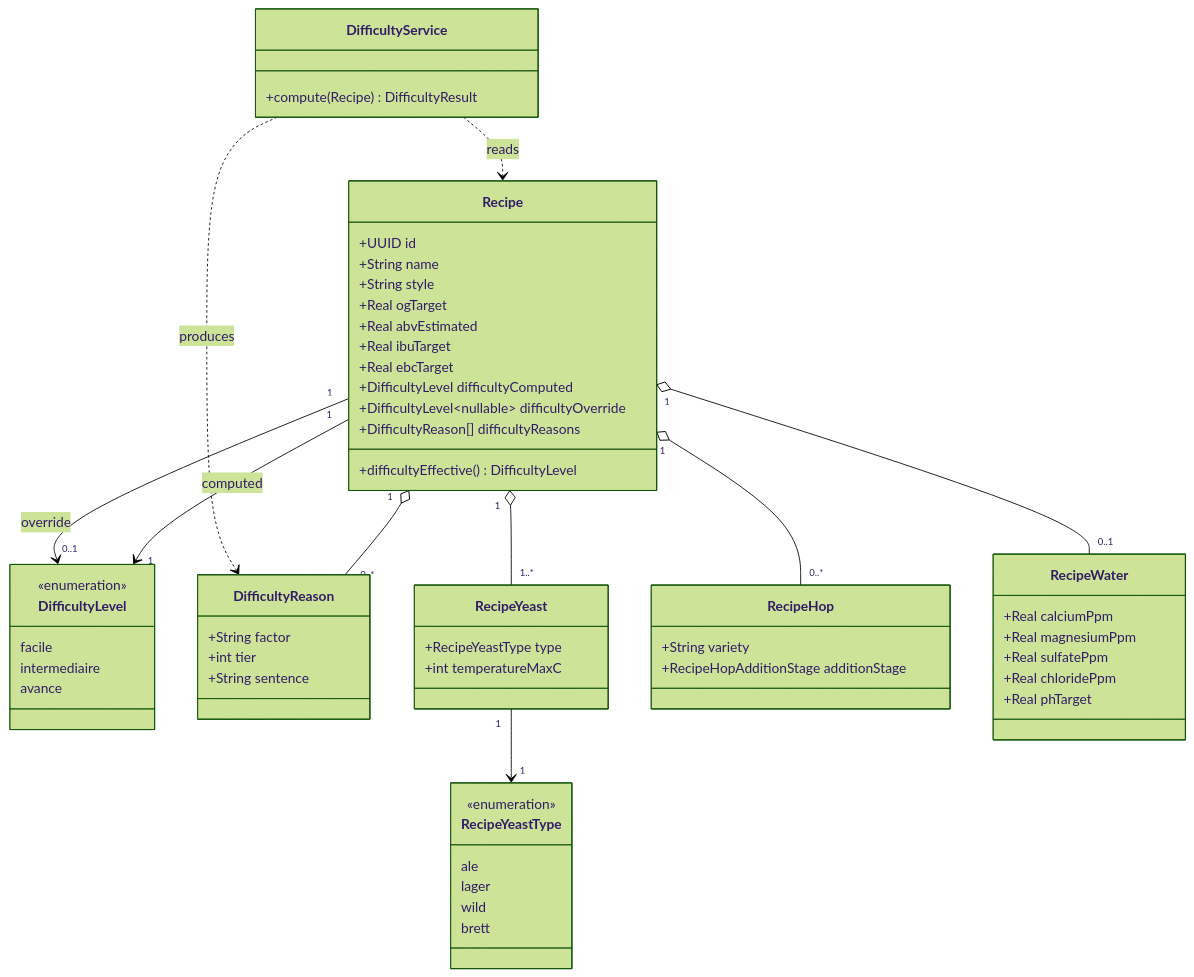
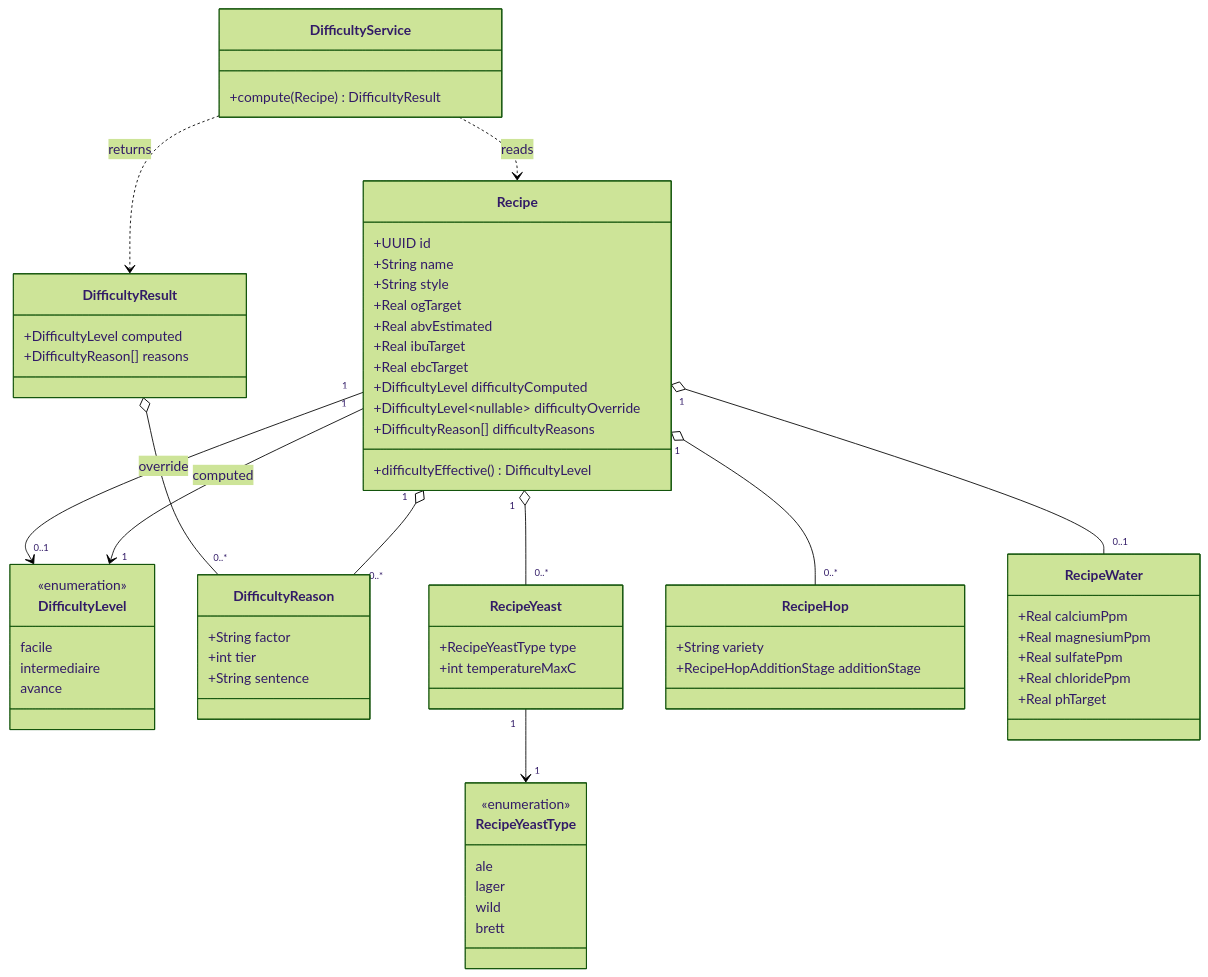
The diagram in docs/architecture/diagrams/recipe-difficulty/04-class.md (benoit-bremaud/brasse-bouillon), drawn with Mermaid (forest theme) before and after one commit. The commit also changed 4 other files, not shown here.

Commit message:
docs(recipe-difficulty): address Copilot review (RecipeYeast 0..*, DifficultyResult, drop stats arg, stable reasons order, disambiguate « Vue »)

````diff
--- a/docs/architecture/diagrams/recipe-difficulty/04-class.md
+++ b/docs/architecture/diagrams/recipe-difficulty/04-class.md
@@ -16,62 +16,67 @@
 ```mermaid
 classDiagram
   class Recipe {
     +UUID id
     +String name
     +String style
     +Real ogTarget
     +Real abvEstimated
     +Real ibuTarget
     +Real ebcTarget
     +DifficultyLevel difficultyComputed
     +DifficultyLevel~nullable~ difficultyOverride
     +DifficultyReason[] difficultyReasons
     +difficultyEffective() DifficultyLevel
   }
   class DifficultyLevel {
     <<enumeration>>
     facile
     intermediaire
     avance
   }
   class DifficultyReason {
     +String factor
     +int tier
     +String sentence
   }
   class RecipeYeast {
     +RecipeYeastType type
     +int temperatureMaxC
   }
   class RecipeYeastType {
     <<enumeration>>
     ale
     lager
     wild
     brett
   }
   class RecipeHop {
     +String variety
     +RecipeHopAdditionStage additionStage
   }
   class RecipeWater {
     +Real calciumPpm
     +Real magnesiumPpm
     +Real sulfatePpm
     +Real chloridePpm
     +Real phTarget
   }
+  class DifficultyResult {
+    +DifficultyLevel computed
+    +DifficultyReason[] reasons
+  }
   class DifficultyService {
     +compute(Recipe) DifficultyResult
   }
 
   Recipe "1" --> "1" DifficultyLevel : computed
   Recipe "1" --> "0..1" DifficultyLevel : override
   Recipe "1" o-- "0..*" DifficultyReason
-  Recipe "1" o-- "1..*" RecipeYeast
+  Recipe "1" o-- "0..*" RecipeYeast
   RecipeYeast "1" --> "1" RecipeYeastType
   Recipe "1" o-- "0..*" RecipeHop
   Recipe "1" o-- "0..1" RecipeWater
   DifficultyService ..> Recipe : reads
-  DifficultyService ..> DifficultyReason : produces
+  DifficultyService ..> DifficultyResult : returns
+  DifficultyResult o-- "0..*" DifficultyReason
 ```
````
